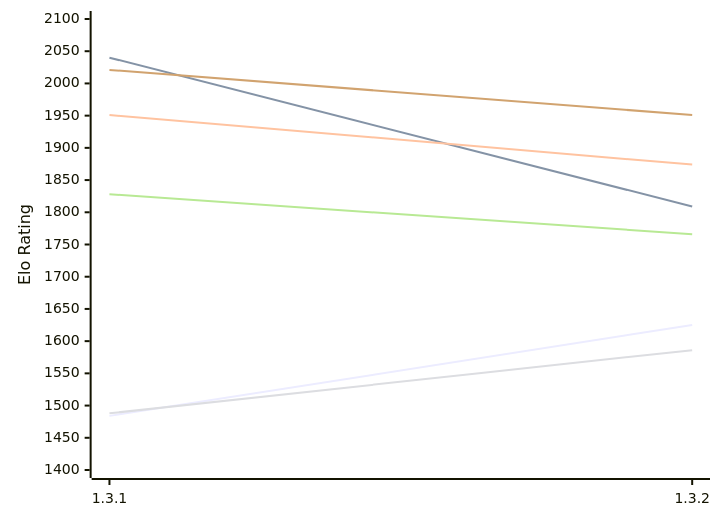
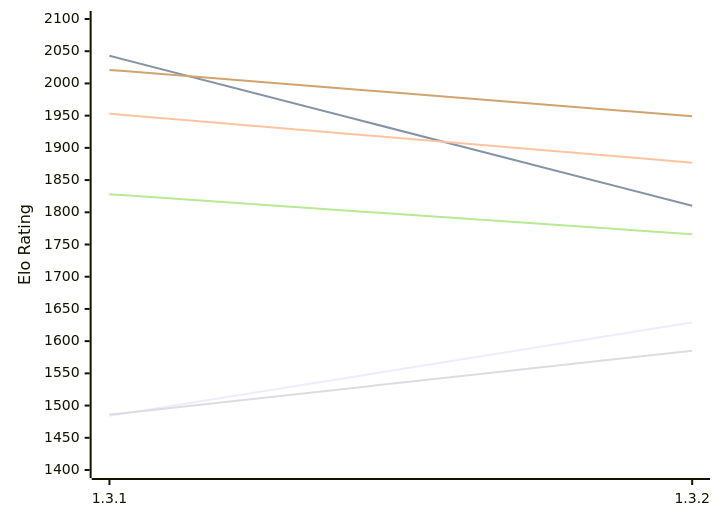
The first of 2 diagrams in engines/Zugblitz.md (computer-chess-index/cci), drawn with Mermaid before and after one commit. The commit also changed other lines of this file, not shown here.

Commit message:
Update CCI Ratings (ELO VLTC) - 2026-11-19

````diff
--- a/engines/Zugblitz.md
+++ b/engines/Zugblitz.md
@@ -50,12 +50,12 @@
 ```mermaid
 %%{init: {"theme":"base","themeVariables":{"seriesColors:['#a3a3a3','#222221','#faa371']}}}%%
 xychart-beta
   x-axis ["1.3.1", "1.3.2"]
   y-axis "Elo Rating" 1400 --> 2100
-  line "E1: STC (8.0+0.08s)" [1484, 1625]
-  line "E1: LTC (60.0+0.60s)" [2040, 1809]
-  line "E1: VLTC (2m24s+1.12s)" [1951, 1874]
-  line "P1: STC (8.0+0.08s)" [1488, 1586]
+  line "E1: STC (8.0+0.08s)" [1484, 1629]
+  line "E1: LTC (60.0+0.60s)" [2043, 1810]
+  line "E1: VLTC (2m24s+1.12s)" [1953, 1877]
+  line "P1: STC (8.0+0.08s)" [1486, 1585]
   line "P1: LTC (60.0+0.60s)" [1828, 1766]
-  line "P1: VLTC (2m24s+1.12s)" [2021, 1951]
+  line "P1: VLTC (2m24s+1.12s)" [2021, 1949]
 ```
````
